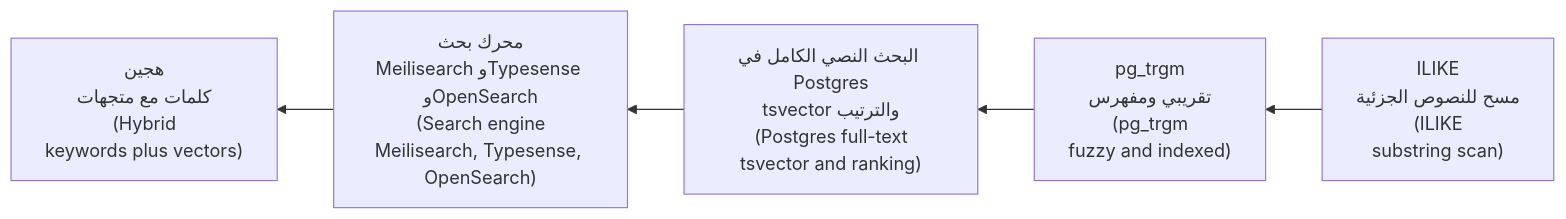
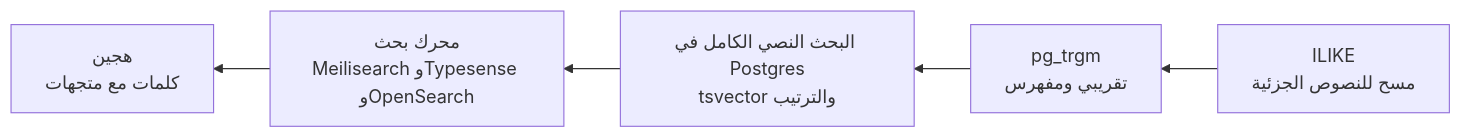
The fifth of 9 diagrams in saas/modules/02-data.ar.md (Tamoura/system-design-for-vibe-coders), drawn with Mermaid before and after one commit. The commit also changed other lines of this file and 551 other files, not shown here.

````diff
--- a/saas/modules/02-data.ar.md
+++ b/saas/modules/02-data.ar.md
@@ -601,7 +628,7 @@
 ```mermaid
 flowchart RL
-    A["ILIKE<br/>مسح للنصوص الجزئية<br/>(ILIKE<br/>substring scan)"] --> B["pg_trgm<br/>تقريبي ومفهرس<br/>(pg_trgm<br/>fuzzy and indexed)"]
-    B --> C["البحث النصي الكامل في Postgres<br/>tsvector والترتيب<br/>(Postgres full-text<br/>tsvector and ranking)"]
-    C --> D["محرك بحث<br/>Meilisearch وTypesense وOpenSearch<br/>(Search engine<br/>Meilisearch, Typesense, OpenSearch)"]
-    D --> E["هجين<br/>كلمات مع متجهات<br/>(Hybrid<br/>keywords plus vectors)"]
+    A["ILIKE<br/>مسح للنصوص الجزئية"] --> B["pg_trgm<br/>تقريبي ومفهرس"]
+    B --> C["البحث النصي الكامل في Postgres<br/>tsvector والترتيب"]
+    C --> D["محرك بحث<br/>Meilisearch وTypesense وOpenSearch"]
+    D --> E["هجين<br/>كلمات مع متجهات"]
 ```
````
